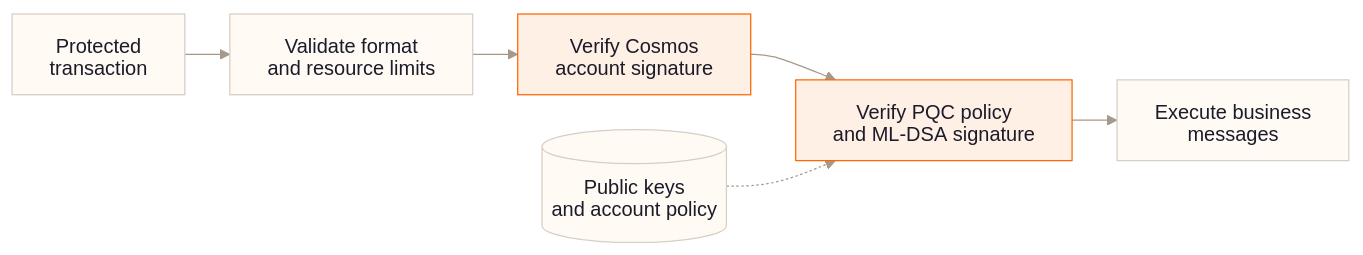
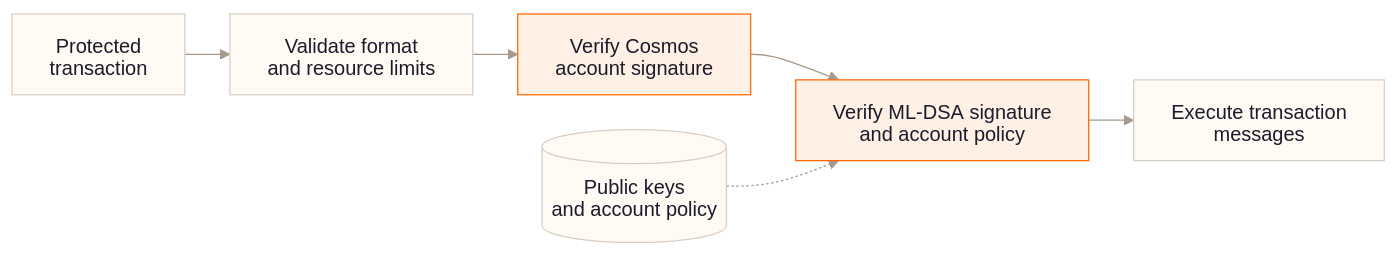
One commit to DoraFactory/doravota changed the diagram in x/pqcauth/diagrams/transaction-verification.mmd. Above: the diagram before and after it, drawn with Mermaid. The commit also changed 6 other files, not shown here.

Commit message:
docs: refine post-quantum migration article and diagrams

```diff
--- a/x/pqcauth/diagrams/transaction-verification.mmd
+++ b/x/pqcauth/diagrams/transaction-verification.mmd
@@ -1,13 +1,13 @@
 %%{init: {"theme":"base","htmlLabels":false,"themeVariables":{"fontFamily":"Arial, sans-serif","lineColor":"#a6988b"},"flowchart":{"curve":"basis","nodeSpacing":28,"rankSpacing":36}}}%%
 flowchart LR
     accTitle: Verification of an ordinary protected legacy transaction
     accDescr: The transaction passes structural checks, standard Cosmos signature verification, and PQC policy and signature verification before business messages execute. The PQC check reads registered public keys and policy from chain state.
     TX["Protected<br/>transaction"] --> SHAPE["Validate format<br/>and resource limits"]
     SHAPE --> SDK["Verify Cosmos<br/>account signature"]
-    SDK --> PQC["Verify PQC policy<br/>and ML-DSA signature"]
+    SDK --> PQC["Verify ML-DSA signature<br/>and account policy"]
     STATE[("Public keys<br/>and account policy")] -.-> PQC
-    PQC --> EXEC["Execute business<br/>messages"]
+    PQC --> EXEC["Execute transaction<br/>messages"]
     classDef base fill:#fffaf4,stroke:#d7cec5,color:#1b1b2a;
     classDef auth fill:#fff0e5,stroke:#ff6600,color:#1b1b2a;
     class TX,SHAPE,STATE,EXEC base;
     class SDK,PQC auth;
```
